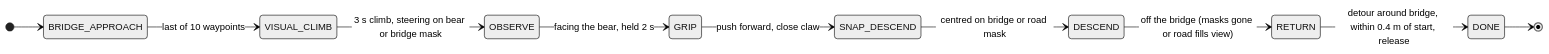
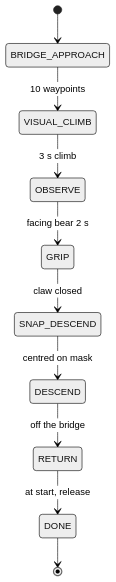
One commit to kylevirtuous1211/Robot-navigation-projects changed the third of 4 diagrams in Final_Project/README.md. Above: the diagram before and after it, drawn with Mermaid (neutral theme). The commit also changed other lines of this file, not shown here.

First line of the commit message:
docs(Final_Project): lay out the diagrams top-down so they stay readable

````diff
--- a/Final_Project/README.md
+++ b/Final_Project/README.md
@@ -64,13 +65,12 @@
 ```mermaid
 stateDiagram-v2
-  direction LR
   [*] --> BRIDGE_APPROACH
-  BRIDGE_APPROACH --> VISUAL_CLIMB: last of 10 waypoints
-  VISUAL_CLIMB --> OBSERVE: 3 s climb, steering on bear or bridge mask
-  OBSERVE --> GRIP: facing the bear, held 2 s
-  GRIP --> SNAP_DESCEND: push forward, close claw
-  SNAP_DESCEND --> DESCEND: centred on bridge or road mask
-  DESCEND --> RETURN: off the bridge (masks gone or road fills view)
-  RETURN --> DONE: detour around bridge, within 0.4 m of start, release
+  BRIDGE_APPROACH --> VISUAL_CLIMB: 10 waypoints
+  VISUAL_CLIMB --> OBSERVE: 3 s climb
+  OBSERVE --> GRIP: facing bear 2 s
+  GRIP --> SNAP_DESCEND: claw closed
+  SNAP_DESCEND --> DESCEND: centred on mask
+  DESCEND --> RETURN: off the bridge
+  RETURN --> DONE: at start, release
   DONE --> [*]
 ```
````
